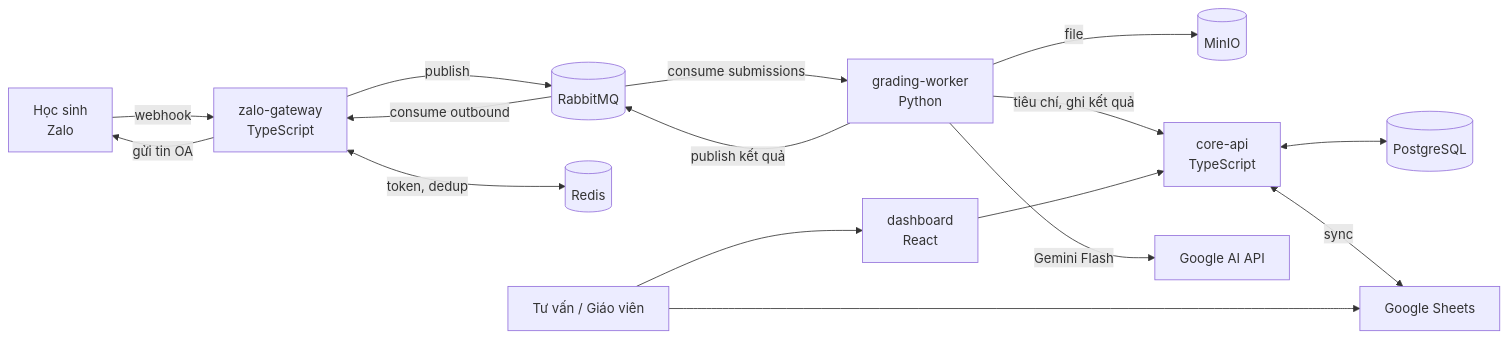
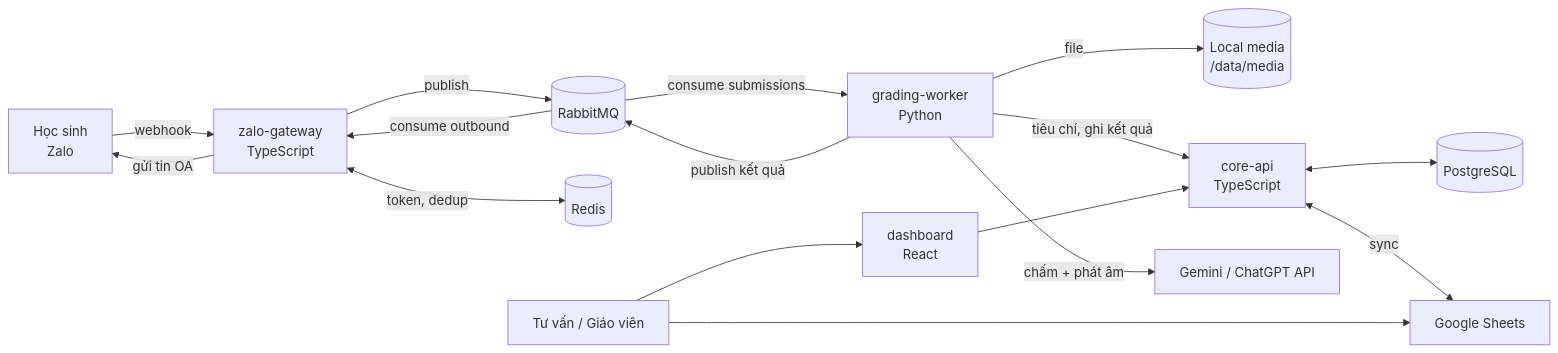
One commit to XonDeeptry/TTTA changed the first of 2 diagrams in Idea/20260719-KienTrucMicroservices.md. Above: the diagram before and after it, drawn with Mermaid. The commit also changed other lines of this file and 29 other files, not shown here.

````diff
--- a/Idea/20260719-KienTrucMicroservices.md
+++ b/Idea/20260719-KienTrucMicroservices.md
@@ -85,18 +111,18 @@
 ```mermaid
 flowchart LR
     HS[Học sinh<br/>Zalo] -->|webhook| GW[zalo-gateway<br/>TypeScript]
     GW -->|publish| MQ[(RabbitMQ)]
     GW <-->|token, dedup| RD[(Redis)]
     MQ -->|consume submissions| WK[grading-worker<br/>Python]
-    WK -->|file| S3[(MinIO)]
+    WK -->|file| FS[(Local media<br/>/data/media)]
     WK -->|tiêu chí, ghi kết quả| API[core-api<br/>TypeScript]
-    WK -->|Gemini Flash| LLM[Google AI API]
+    WK -->|chấm + phát âm| LLM[Gemini / ChatGPT API]
     WK -->|publish kết quả| MQ
     MQ -->|consume outbound| GW
     GW -->|gửi tin OA| HS
     API <--> PG[(PostgreSQL)]
     API <-->|sync| GS[Google Sheets]
     DB[dashboard<br/>React] --> API
     TV[Tư vấn / Giáo viên] --> DB
     TV --> GS
 ```
````
